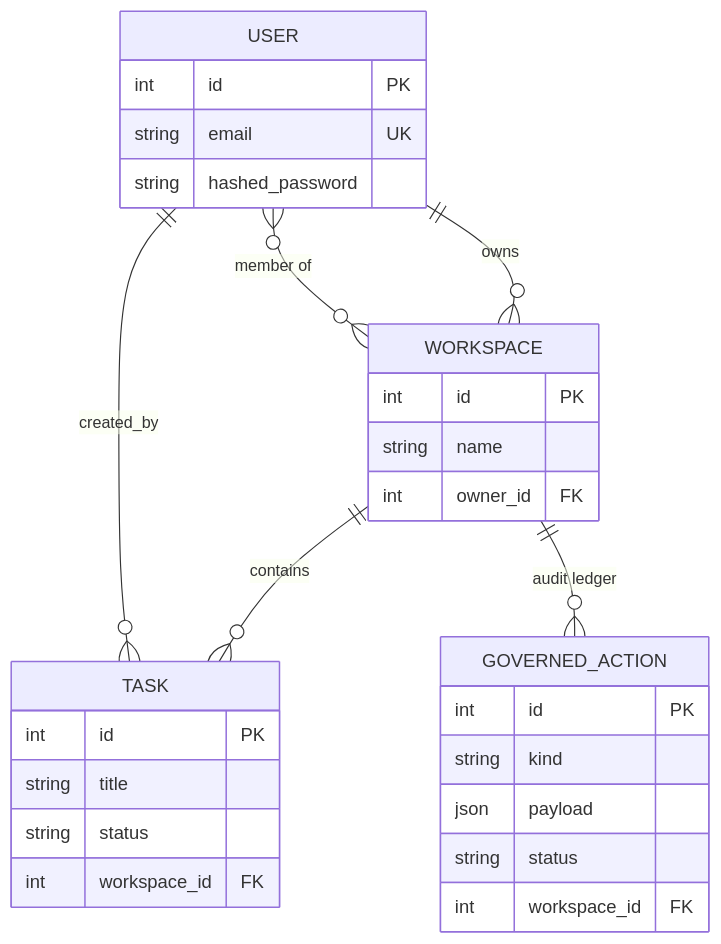
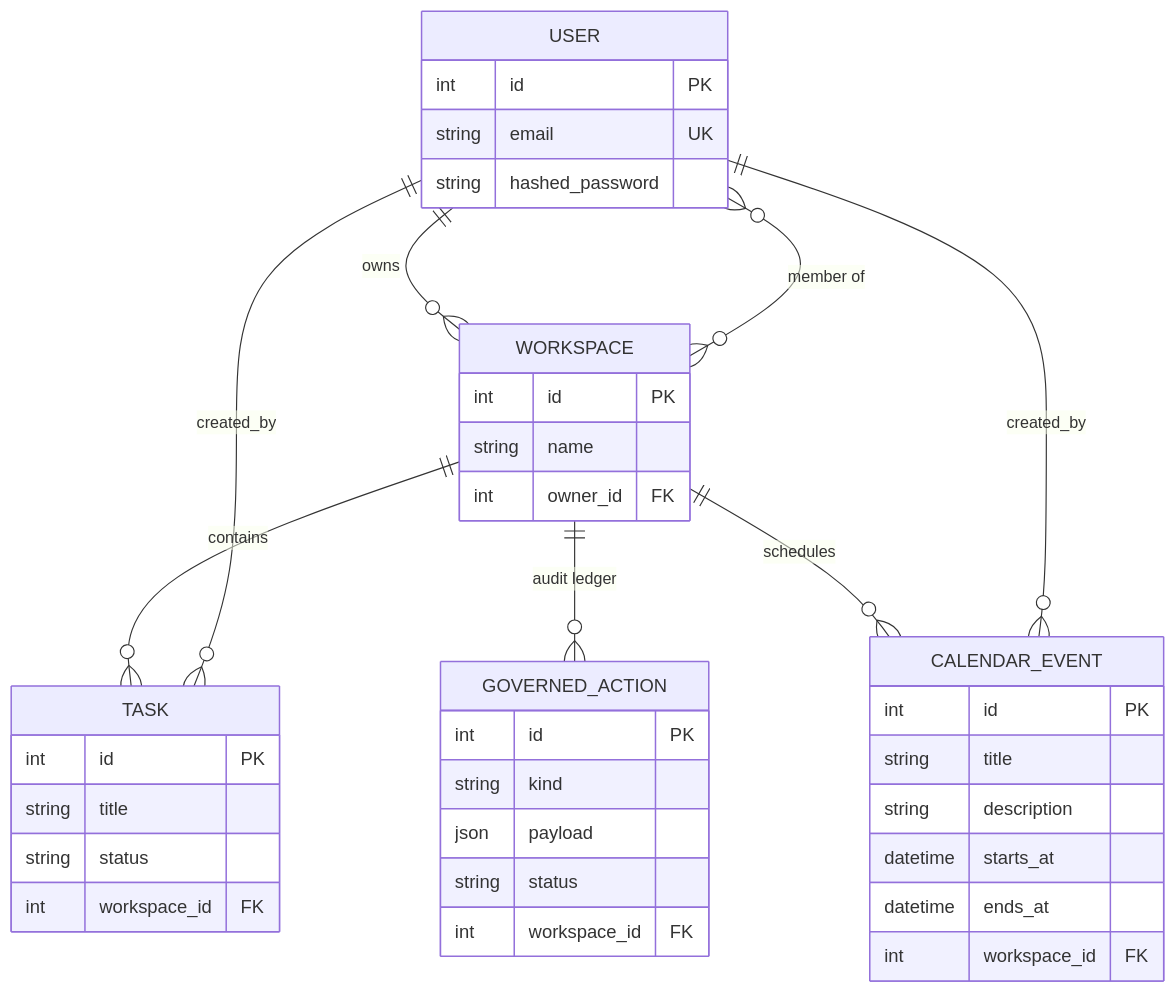
Before and after one commit to 3punch/NexusAI: the third of 5 diagrams in docs/ARCHITECTURE_MAP.md, drawn with Mermaid. The commit also changed other lines of this file and 19 other files, not shown here.

Commit message:
feat(calendar): workspace events with month view, CRUD, tenancy checks

````diff
--- a/docs/ARCHITECTURE_MAP.md
+++ b/docs/ARCHITECTURE_MAP.md
@@ -258,32 +258,43 @@
 ```mermaid
 erDiagram
     USER ||--o{ WORKSPACE : "owns"
     USER }o--o{ WORKSPACE : "member of"
     WORKSPACE ||--o{ TASK : "contains"
     WORKSPACE ||--o{ GOVERNED_ACTION : "audit ledger"
     USER ||--o{ TASK : "created_by"
+    WORKSPACE ||--o{ CALENDAR_EVENT : "schedules"
+    USER ||--o{ CALENDAR_EVENT : "created_by"
 
     USER {
         int id PK
         string email UK
         string hashed_password
     }
     WORKSPACE {
         int id PK
         string name
         int owner_id FK
     }
     TASK {
         int id PK
         string title
         string status
         int workspace_id FK
     }
+    CALENDAR_EVENT {
+        int id PK
+        string title
+        string description
+        datetime starts_at
+        datetime ends_at
+        int workspace_id FK
+    }
+
     GOVERNED_ACTION {
         int id PK
         string kind
         json payload
         string status
         int workspace_id FK
     }
 ```
````
